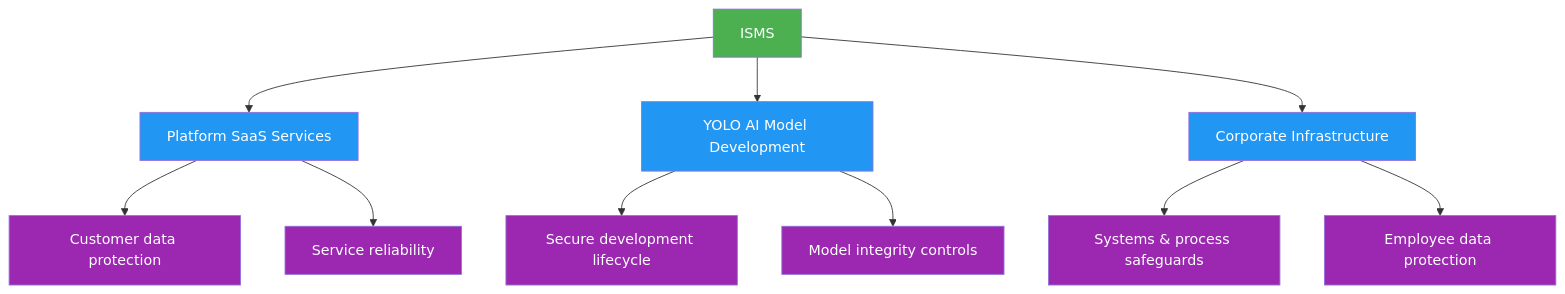
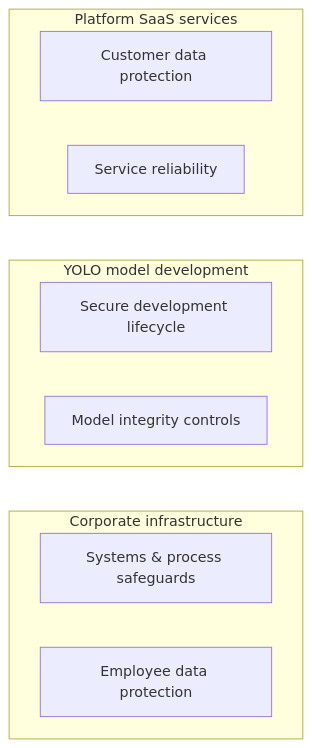
The diagram in docs/en/security/isms.md (ultralytics/handbook), drawn with Mermaid before and after one commit. The commit also changed 16 other files, not shown here.

First line of the commit message:
Migrate handbook Mermaid diagrams to the unified design system

````diff
--- a/docs/en/security/isms.md
+++ b/docs/en/security/isms.md
@@ -49,17 +49,14 @@
 ```mermaid
-graph TD
-    ISMS[ISMS]:::start --> A[Platform SaaS Services]:::proc
-    ISMS --> B[YOLO AI Model Development]:::proc
-    ISMS --> C[Corporate Infrastructure]:::proc
-
-    A --> A1[Customer data protection]:::out
-    A --> A2[Service reliability]:::out
-    B --> B1[Secure development lifecycle]:::out
-    B --> B2[Model integrity controls]:::out
-    C --> C1[Systems & process safeguards]:::out
-    C --> C2[Employee data protection]:::out
-
-    classDef start fill:#4CAF50,color:#fff
-    classDef proc fill:#2196F3,color:#fff
-    classDef out fill:#9C27B0,color:#fff
+flowchart TD
+    subgraph saas["Platform SaaS services"]
+        A1[Customer data protection] ~~~ A2[Service reliability]
+    end
+    subgraph yolo["YOLO model development"]
+        B1[Secure development lifecycle] ~~~ B2[Model integrity controls]
+    end
+    subgraph corp["Corporate infrastructure"]
+        C1["Systems & process safeguards"] ~~~ C2[Employee data protection]
+    end
+    A2 ~~~ B1
+    B2 ~~~ C1
 ```
````
